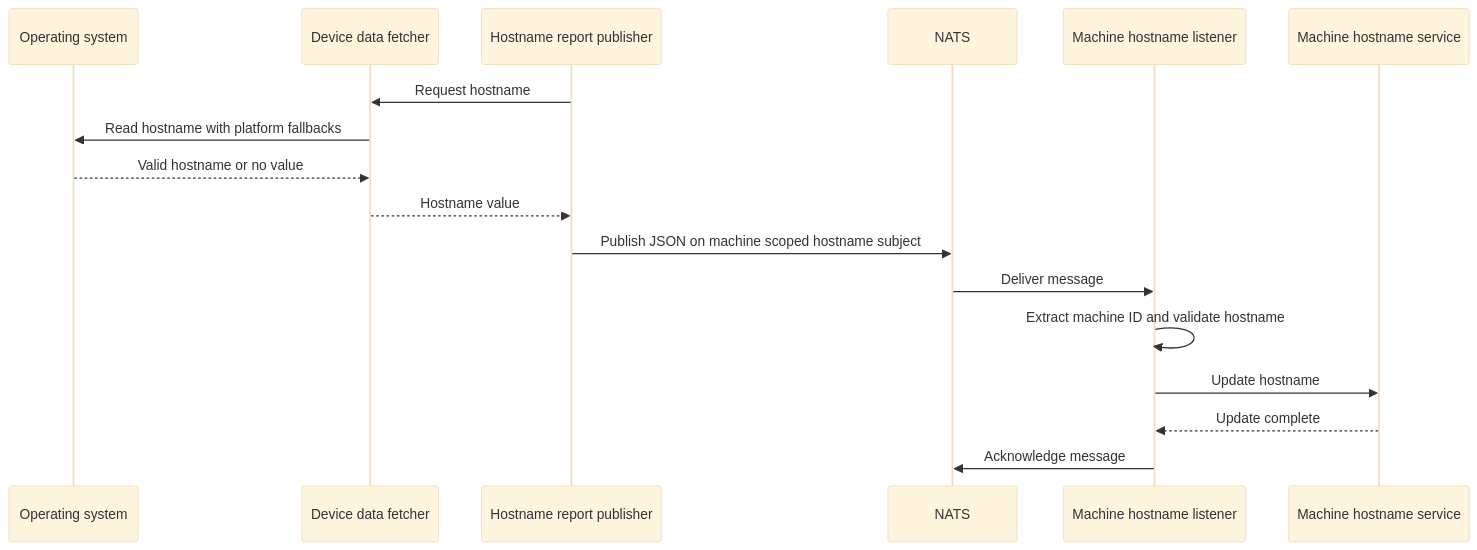
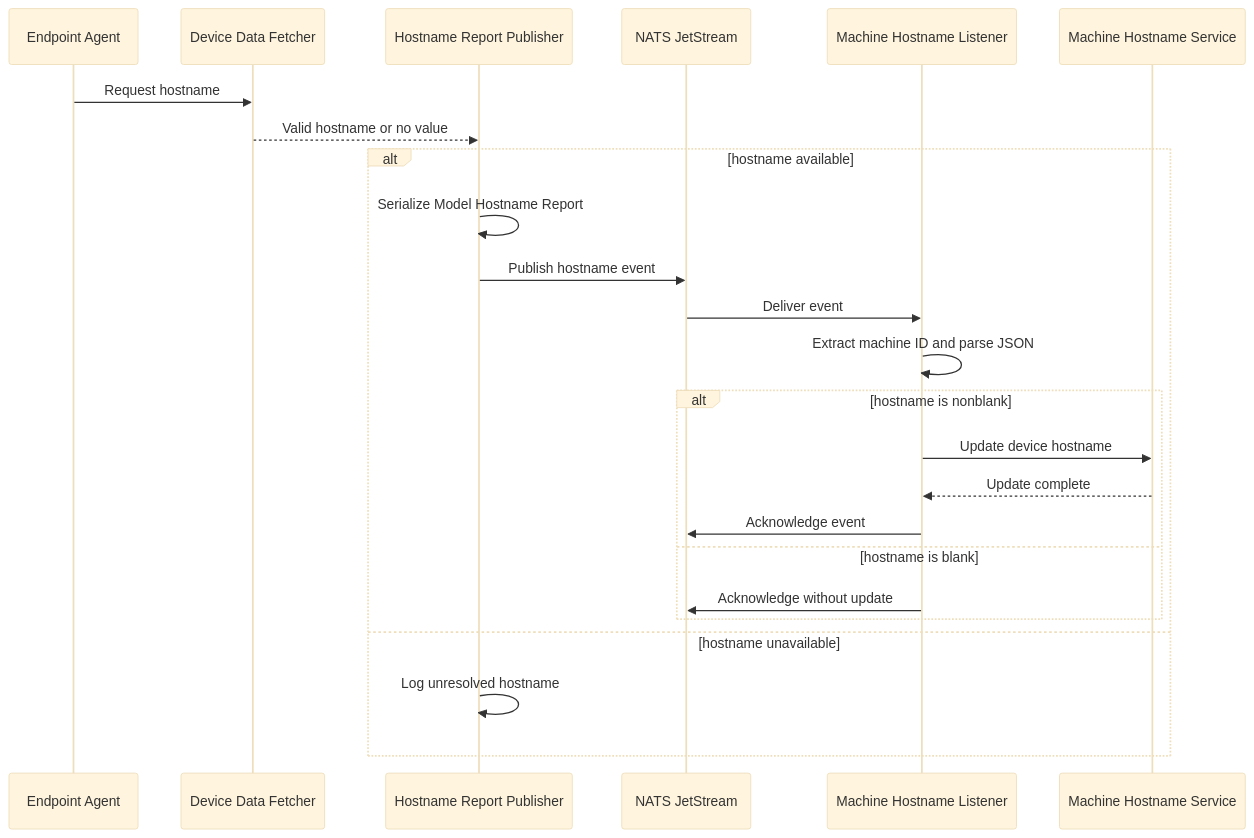
One commit to flamingo-stack/openframe-oss-tenant changed the second of 3 diagrams in docs/reference/architecture/openframe-client-core/model-hostname-report/model-hostname-report.md. Above: the diagram before and after it, drawn with Mermaid (base theme). The commit also changed other lines of this file and 2377 other files, not shown here.

````diff
--- a/docs/reference/architecture/openframe-client-core/model-hostname-report/model-hostname-report.md
+++ b/docs/reference/architecture/openframe-client-core/model-hostname-report/model-hostname-report.md
@@ -57,20 +76,27 @@
 ```mermaid
 sequenceDiagram
-    participant OS as Operating system
-    participant Fetcher as Device data fetcher
-    participant Publisher as Hostname report publisher
-    participant NATS as NATS
-    participant Listener as Machine hostname listener
-    participant Service as Machine hostname service
+    participant Agent as Endpoint Agent
+    participant Fetcher as Device Data Fetcher
+    participant Publisher as Hostname Report Publisher
+    participant Nats as NATS JetStream
+    participant Listener as Machine Hostname Listener
+    participant Service as Machine Hostname Service
 
-    Publisher->>Fetcher: Request hostname
-    Fetcher->>OS: Read hostname with platform fallbacks
-    OS-->>Fetcher: Valid hostname or no value
-    Fetcher-->>Publisher: Hostname value
-    Publisher->>NATS: Publish JSON on machine scoped hostname subject
-    NATS->>Listener: Deliver message
-    Listener->>Listener: Extract machine ID and validate hostname
-    Listener->>Service: Update hostname
-    Service-->>Listener: Update complete
-    Listener->>NATS: Acknowledge message
+    Agent->>Fetcher: Request hostname
+    Fetcher-->>Publisher: Valid hostname or no value
+    alt hostname available
+        Publisher->>Publisher: Serialize Model Hostname Report
+        Publisher->>Nats: Publish hostname event
+        Nats->>Listener: Deliver event
+        Listener->>Listener: Extract machine ID and parse JSON
+        alt hostname is nonblank
+            Listener->>Service: Update device hostname
+            Service-->>Listener: Update complete
+            Listener->>Nats: Acknowledge event
+        else hostname is blank
+            Listener->>Nats: Acknowledge without update
+        end
+    else hostname unavailable
+        Publisher->>Publisher: Log unresolved hostname
+    end
 ```
````
